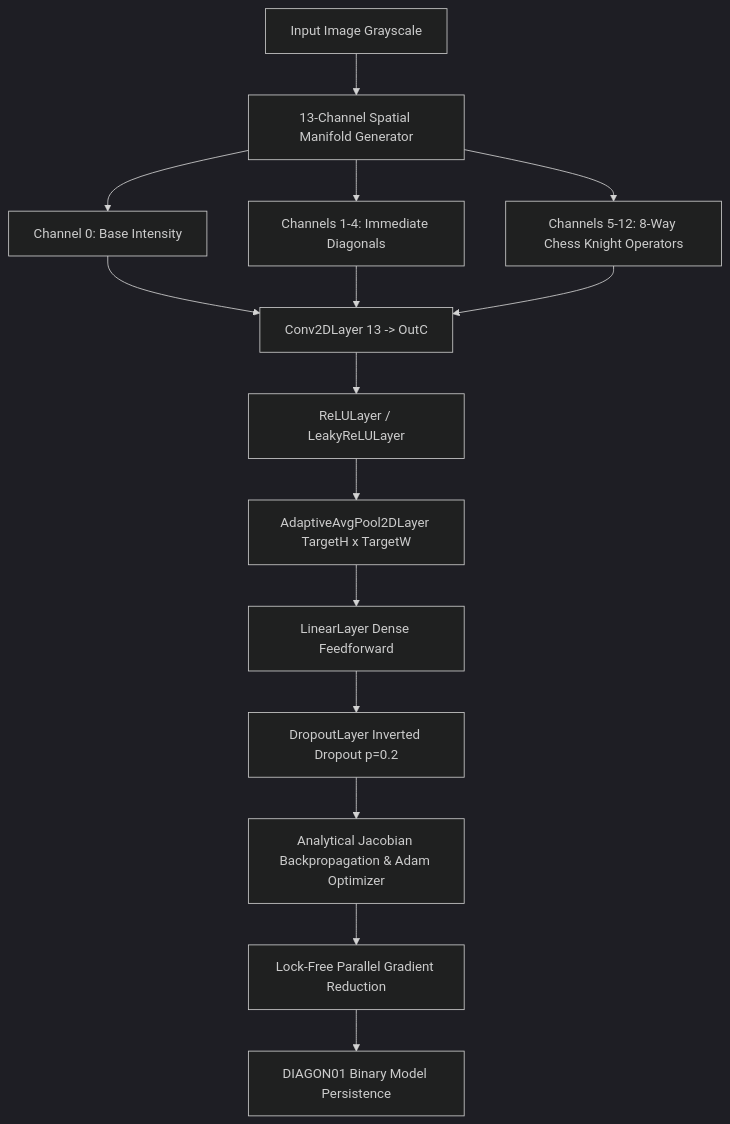
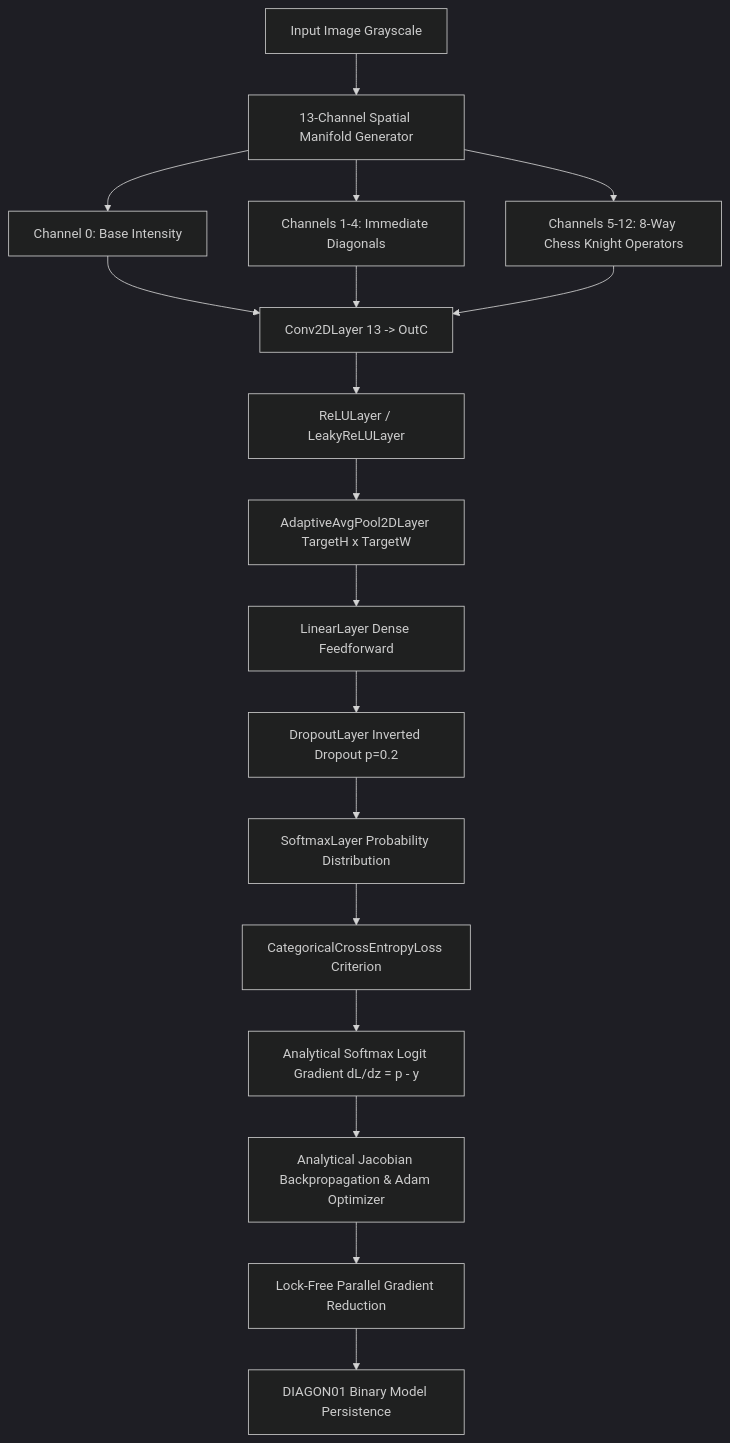
One commit to itznan/diagonalnet changed the diagram in README.md. Above: the diagram before and after it, drawn with Mermaid (dark theme). The commit also changed other lines of this file and 2 other files, not shown here.

Commit message:
Implement numerically stable Softmax and Categorical Cross-Entropy loss with analytical logit derivatives

````diff
--- a/README.md
+++ b/README.md
@@ -54,15 +54,18 @@
 ```mermaid
 flowchart TD
     A[Input Image Grayscale] --> B[13-Channel Spatial Manifold Generator]
     B --> C[Channel 0: Base Intensity]
     B --> D[Channels 1-4: Immediate Diagonals]
     B --> E[Channels 5-12: 8-Way Chess Knight Operators]
     C & D & E --> F[Conv2DLayer 13 -> OutC]
     F --> G[ReLULayer / LeakyReLULayer]
     G --> H[AdaptiveAvgPool2DLayer TargetH x TargetW]
     H --> I[LinearLayer Dense Feedforward]
     I --> J[DropoutLayer Inverted Dropout p=0.2]
-    J --> K[Analytical Jacobian Backpropagation & Adam Optimizer]
-    K --> L[Lock-Free Parallel Gradient Reduction]
-    L --> M[DIAGON01 Binary Model Persistence]
+    J --> K[SoftmaxLayer Probability Distribution]
+    K --> L[CategoricalCrossEntropyLoss Criterion]
+    L --> M[Analytical Softmax Logit Gradient dL/dz = p - y]
+    M --> N[Analytical Jacobian Backpropagation & Adam Optimizer]
+    N --> O[Lock-Free Parallel Gradient Reduction]
+    O --> P[DIAGON01 Binary Model Persistence]
 ```
````
